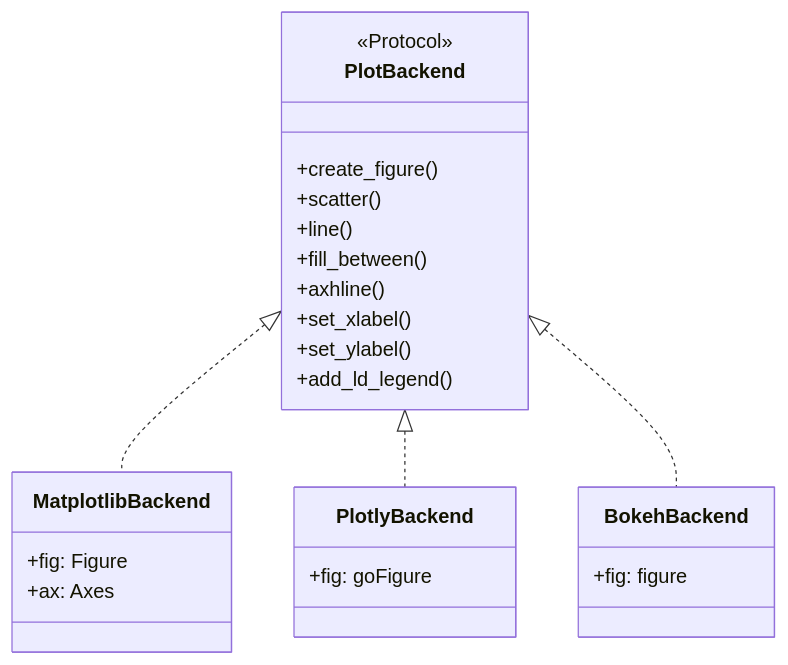
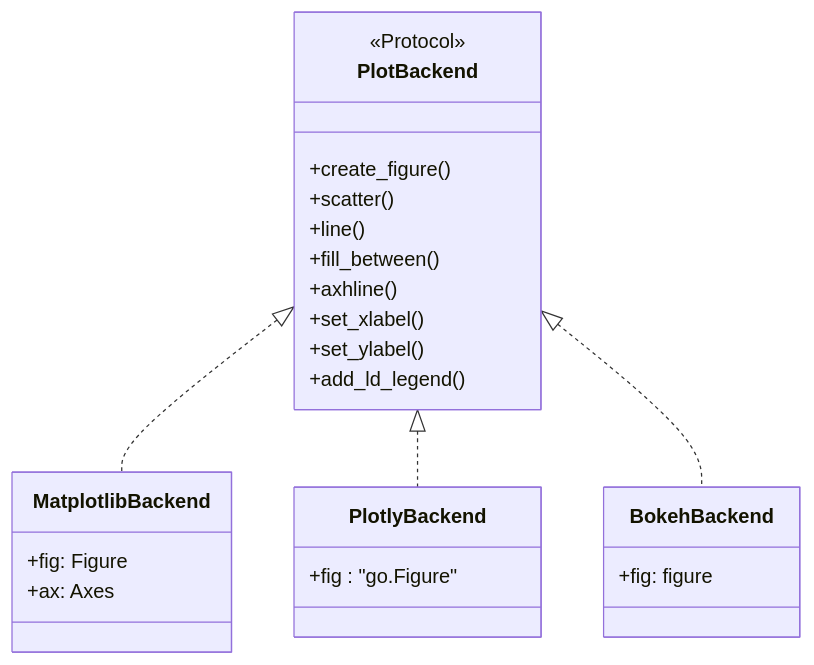
Before and after one commit to michael-denyer/pyLocusZoom: the third of 3 diagrams in docs/ARCHITECTURE.md, drawn with Mermaid. The commit also changed 4 other files, not shown here.

First line of the commit message:
ci: harden mermaid checks and pre-commit hooks from review

````diff
--- a/docs/ARCHITECTURE.md
+++ b/docs/ARCHITECTURE.md
@@ -134,31 +134,31 @@
 ```mermaid
 classDiagram
     class PlotBackend {
         <<Protocol>>
         +create_figure()
         +scatter()
         +line()
         +fill_between()
         +axhline()
         +set_xlabel()
         +set_ylabel()
         +add_ld_legend()
     }
 
     class MatplotlibBackend {
         +fig: Figure
         +ax: Axes
     }
 
     class PlotlyBackend {
-        +fig: goFigure
+        +fig : "go.Figure"
     }
 
     class BokehBackend {
         +fig: figure
     }
 
     PlotBackend <|.. MatplotlibBackend
     PlotBackend <|.. PlotlyBackend
     PlotBackend <|.. BokehBackend
 ```
````
